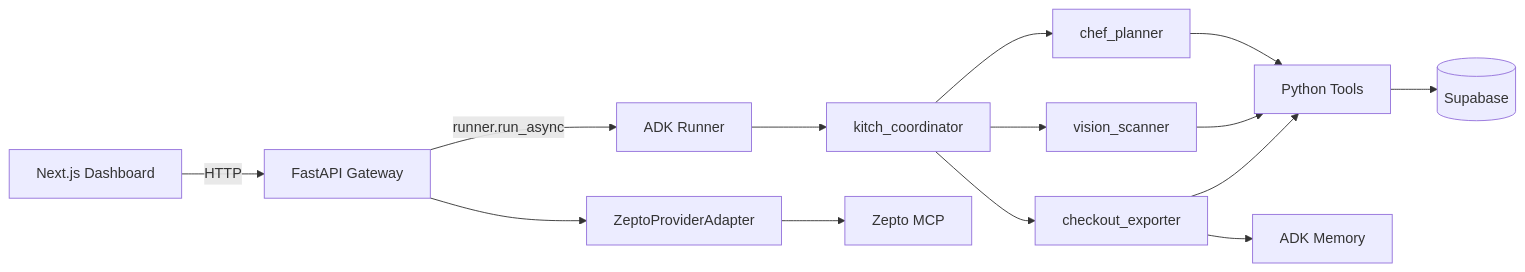
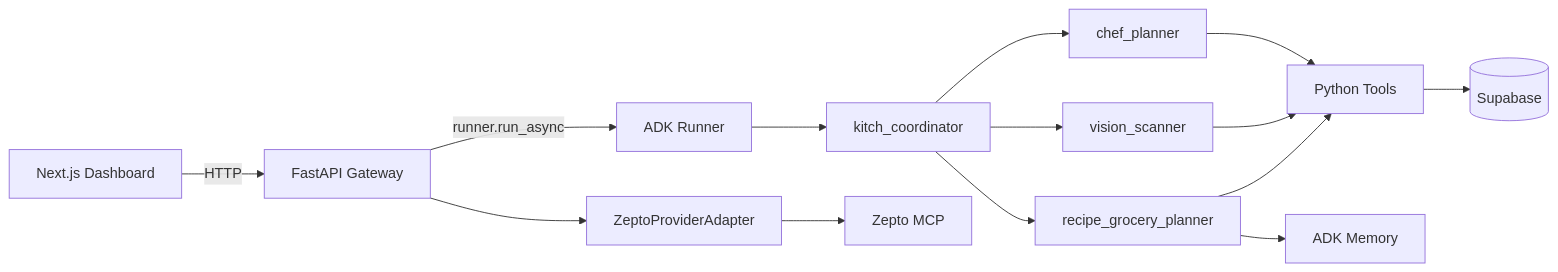
One commit to architworks/meal_and_grocery_agent changed the diagram in docs/current_architecture.md. Above: the diagram before and after it, drawn with Mermaid. The commit also changed other lines of this file and 10 other files, not shown here.

First line of the commit message:
Refactor recipe and grocery planning backend

````diff
--- a/docs/current_architecture.md
+++ b/docs/current_architecture.md
@@ -13,16 +13,16 @@
 ```mermaid
 flowchart LR
     Frontend[Next.js Dashboard] -->|HTTP| API[FastAPI Gateway]
     API -->|runner.run_async| Runner[ADK Runner]
     Runner --> Coordinator[kitch_coordinator]
     Coordinator --> Chef[chef_planner]
     Coordinator --> Vision[vision_scanner]
-    Coordinator --> Checkout[checkout_exporter]
+    Coordinator --> RecipeGrocery[recipe_grocery_planner]
     Chef --> Tools[Python Tools]
     Vision --> Tools
-    Checkout --> Tools
+    RecipeGrocery --> Tools
     Tools --> Supabase[(Supabase)]
-    Checkout --> Memory[ADK Memory]
+    RecipeGrocery --> Memory[ADK Memory]
     API --> Zepto[ZeptoProviderAdapter]
     Zepto --> ZeptoMCP[Zepto MCP]
 ```
````
